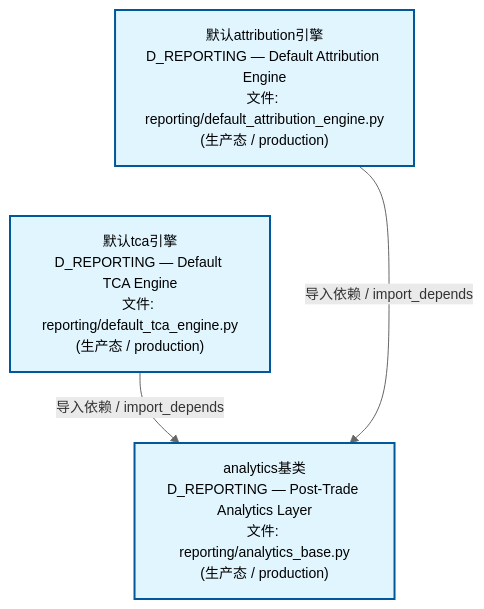
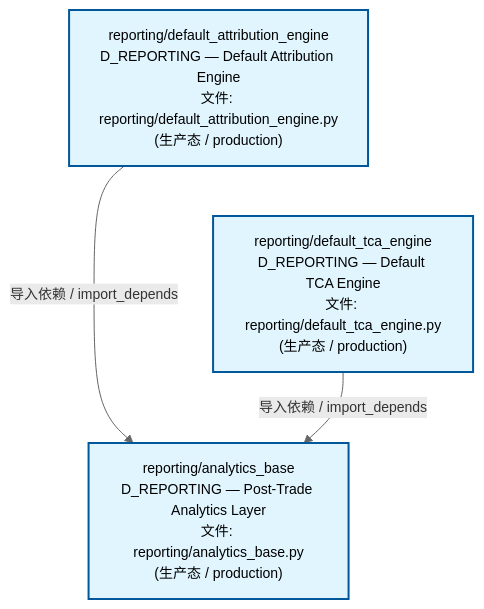
One commit to xuanFelixVan/ZephyrAlpha changed the second of 4 diagrams in docs/02_enterprise_architecture/02_domain_architecture_docs/26_d_reporting.md. Above: the diagram before and after it, drawn with Mermaid. The commit also changed other lines of this file and 58 other files, not shown here.

````diff
--- a/docs/02_enterprise_architecture/02_domain_architecture_docs/26_d_reporting.md
+++ b/docs/02_enterprise_architecture/02_domain_architecture_docs/26_d_reporting.md
@@ -117,15 +117,15 @@
 ```mermaid
 %%{init: {'theme': 'base', 'themeVariables': {'primaryColor': '#eaeaea', 'primaryTextColor': '#333333', 'primaryBorderColor': '#666666', 'lineColor': '#666666', 'secondaryColor': '#eaeaea', 'tertiaryColor': '#eaeaea', 'fontSize': '14px'}}}%%
 flowchart TD
-    src_zephyr_reporting_default_attribution_engine_py["默认attribution引擎<br/>D_REPORTING — Default Attribution Engine<br/>文件: reporting/default_attribution_engine.py<br/>(生产态 / production)"]
-    src_zephyr_reporting_default_tca_engine_py["默认tca引擎<br/>D_REPORTING — Default TCA Engine<br/>文件: reporting/default_tca_engine.py<br/>(生产态 / production)"]
+    src_zephyr_reporting_default_attribution_engine_py["reporting/default_attribution_engine<br/>D_REPORTING — Default Attribution Engine<br/>文件: reporting/default_attribution_engine.py<br/>(生产态 / production)"]
+    src_zephyr_reporting_default_tca_engine_py["reporting/default_tca_engine<br/>D_REPORTING — Default TCA Engine<br/>文件: reporting/default_tca_engine.py<br/>(生产态 / production)"]
     src_zephyr_reporting_default_attribution_engine_py ~~~ src_zephyr_reporting_default_tca_engine_py
-    src_zephyr_reporting_analytics_base_py["analytics基类<br/>D_REPORTING — Post-Trade Analytics Layer<br/>文件: reporting/analytics_base.py<br/>(生产态 / production)"]
+    src_zephyr_reporting_analytics_base_py["reporting/analytics_base<br/>D_REPORTING — Post-Trade Analytics Layer<br/>文件: reporting/analytics_base.py<br/>(生产态 / production)"]
+    src_zephyr_reporting_default_attribution_engine_py -->|导入依赖 / import_depends| src_zephyr_reporting_analytics_base_py
     src_zephyr_reporting_default_tca_engine_py -->|导入依赖 / import_depends| src_zephyr_reporting_analytics_base_py
-    src_zephyr_reporting_default_attribution_engine_py -->|导入依赖 / import_depends| src_zephyr_reporting_analytics_base_py
     classDef production fill:#e1f5fe,stroke:#01579b,stroke-width:2px,color:#000
     classDef design fill:#fff3e0,stroke:#e65100,stroke-width:2px,color:#000,stroke-dasharray: 5 5
     classDef external_prod fill:#e8f4fd,stroke:#0277bd,stroke-width:1px,color:#000
     classDef external_design fill:#fff8e7,stroke:#ef6c00,stroke-width:1px,color:#000,stroke-dasharray: 5 5
     class src_zephyr_reporting_analytics_base_py,src_zephyr_reporting_default_attribution_engine_py,src_zephyr_reporting_default_tca_engine_py production
 ```
````
